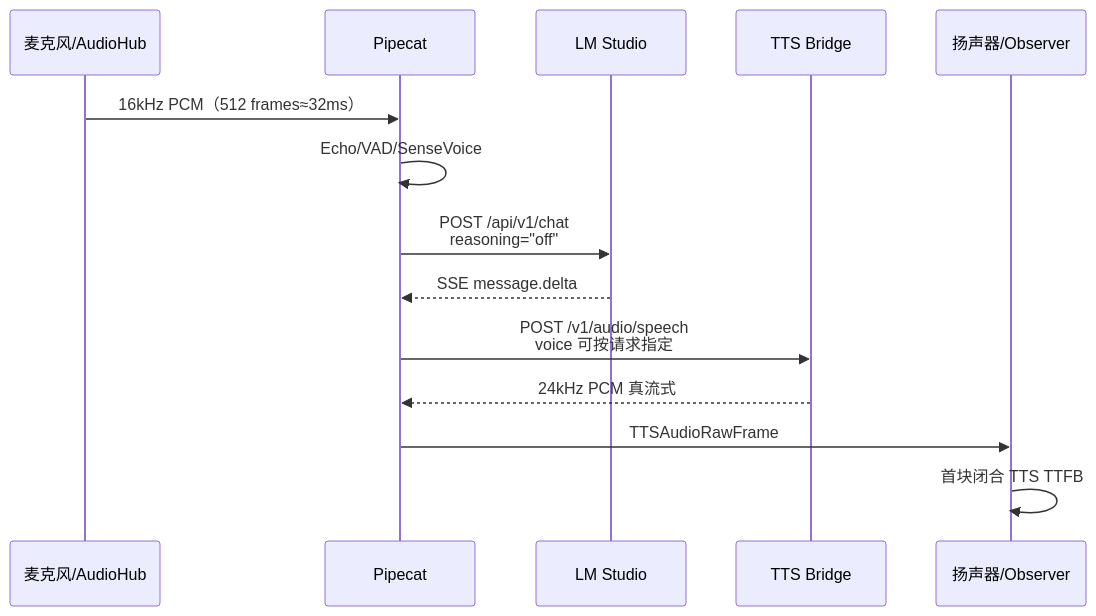
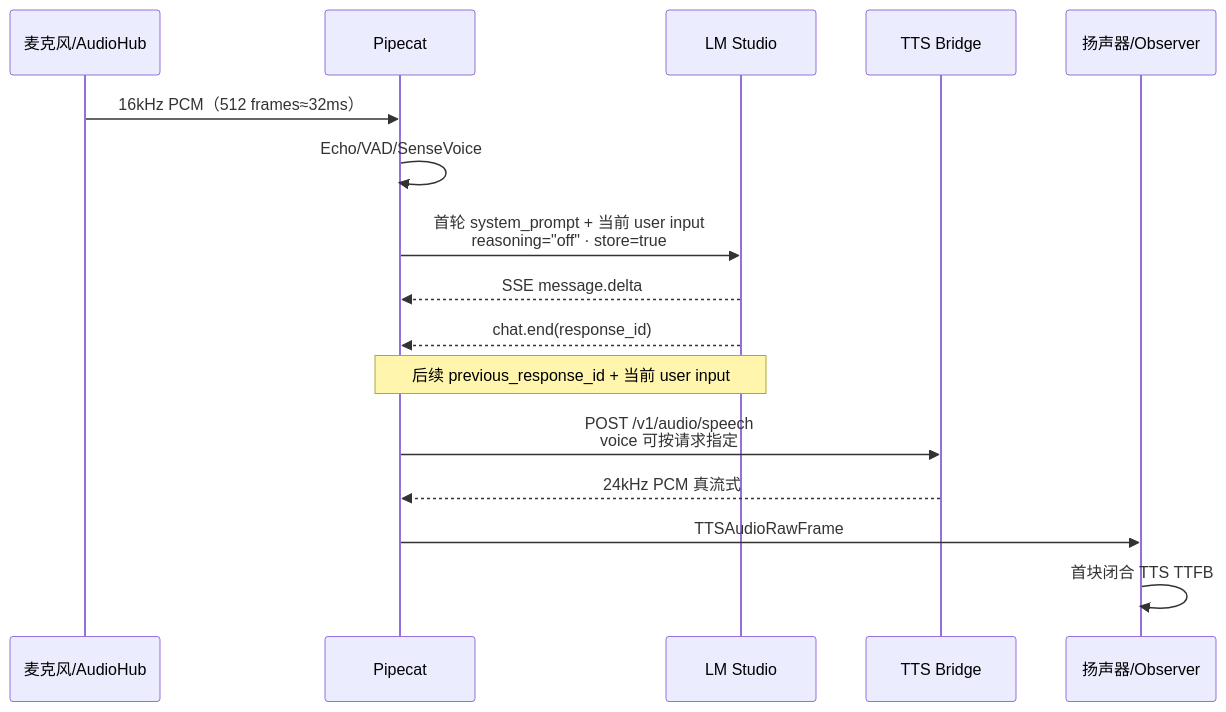
The third of 6 diagrams in docs/架构图与流程图.md (hrygo/voice-realtime), drawn with Mermaid before and after one commit. The commit also changed other lines of this file and 5 other files, not shown here.

````diff
--- a/docs/架构图与流程图.md
+++ b/docs/架构图与流程图.md
@@ -82,17 +82,19 @@
 ```mermaid
 sequenceDiagram
     participant M as 麦克风/AudioHub
     participant P as Pipecat
     participant L as LM Studio
     participant T as TTS Bridge
     participant O as 扬声器/Observer
 
     M->>P: 16kHz PCM（512 frames≈32ms）
     P->>P: Echo/VAD/SenseVoice
-    P->>L: POST /api/v1/chat<br/>reasoning="off"
+    P->>L: 首轮 system_prompt + 当前 user input<br/>reasoning="off" · store=true
     L-->>P: SSE message.delta
+    L-->>P: chat.end(response_id)
+    Note over P,L: 后续 previous_response_id + 当前 user input
     P->>T: POST /v1/audio/speech<br/>voice 可按请求指定
     T-->>P: 24kHz PCM 真流式
     P->>O: TTSAudioRawFrame
     O->>O: 首块闭合 TTS TTFB
 ```
````
